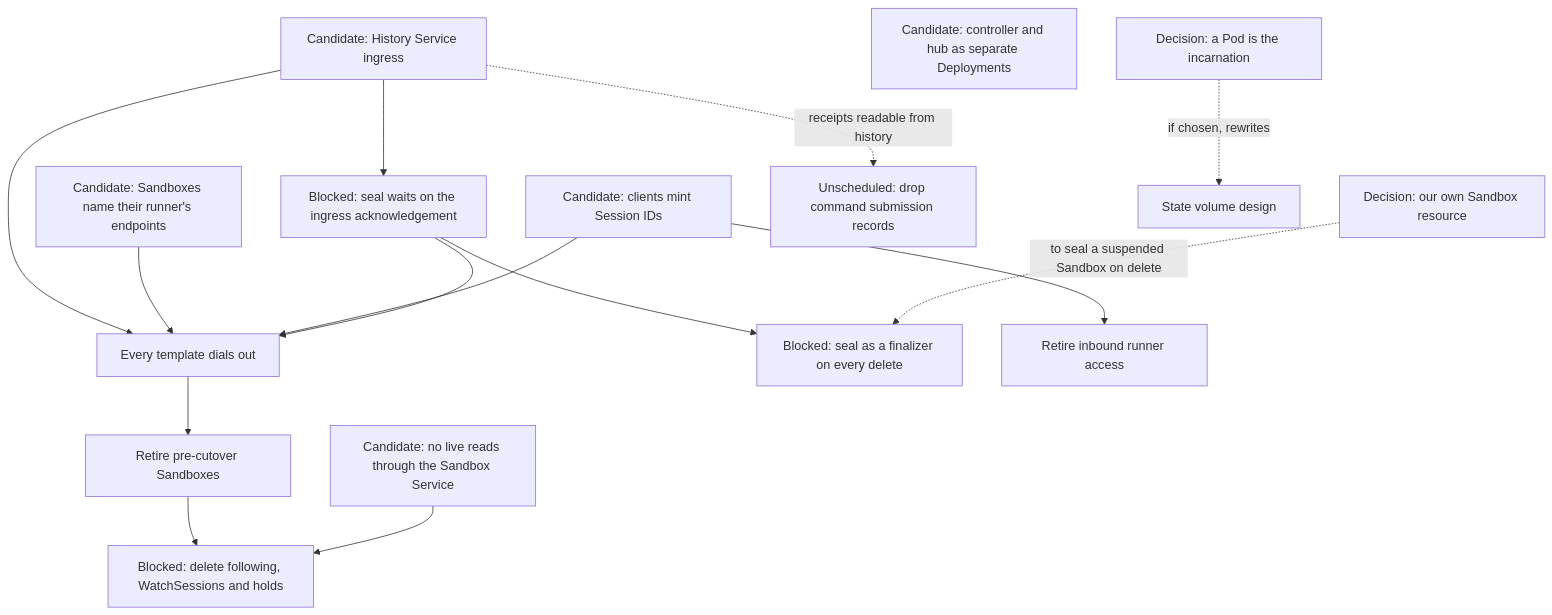
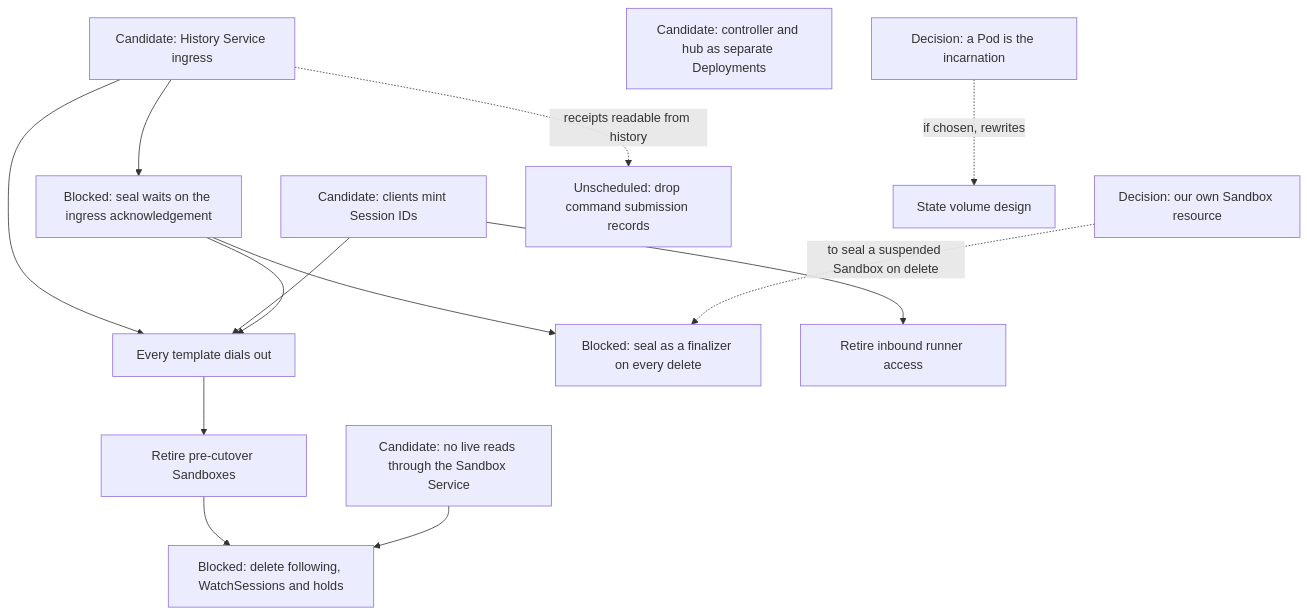
Before and after one commit to agentydragon-agent/ducktape: diagram 12 of 12 in agentplane/plans/task_dag.md, drawn with Mermaid. The commit also changed other lines of this file and 17 other files, not shown here.

````diff
--- a/agentplane/plans/task_dag.md
+++ b/agentplane/plans/task_dag.md
@@ -901,29 +903,27 @@
 ```mermaid
 flowchart TD
     HISTORY_INGRESS[Candidate: History Service ingress]
-    SANDBOX_RUNNER_ENDPOINTS[Candidate: Sandboxes name their runner's endpoints]
     CLIENT_SESSION_IDS[Candidate: clients mint Session IDs]
     APP_LIVE_FROM_HISTORY[Candidate: no live reads through the Sandbox Service]
     SEAL_ON_INGRESS_ACK[Blocked: seal waits on the ingress acknowledgement]
     RUNNER_OUTBOUND_ROLLOUT[Every template dials out]
     LEGACY_SANDBOX_RETIRE[Retire pre-cutover Sandboxes]
     FOLLOW_PATH_RETIRE[Blocked: delete following, WatchSessions and holds]
     SANDBOX_SERVICE_DEPLOYMENT_SPLIT[Candidate: controller and hub as separate Deployments]
     AGENTPLANE_SANDBOX_RESOURCE[Decision: our own Sandbox resource]
     POD_INCARNATION[Decision: a Pod is the incarnation]
     SEAL_FINALIZER[Blocked: seal as a finalizer on every delete]
     COMMAND_RECORDS_RETIRE[Unscheduled: drop command submission records]
     HISTORY_INGRESS --> SEAL_ON_INGRESS_ACK
     HISTORY_INGRESS --> RUNNER_OUTBOUND_ROLLOUT
-    SANDBOX_RUNNER_ENDPOINTS --> RUNNER_OUTBOUND_ROLLOUT
     CLIENT_SESSION_IDS --> RUNNER_OUTBOUND_ROLLOUT
     CLIENT_SESSION_IDS --> RUNNER_INBOUND_RETIRE[Retire inbound runner access]
     SEAL_ON_INGRESS_ACK --> RUNNER_OUTBOUND_ROLLOUT
     RUNNER_OUTBOUND_ROLLOUT --> LEGACY_SANDBOX_RETIRE
     LEGACY_SANDBOX_RETIRE --> FOLLOW_PATH_RETIRE
     APP_LIVE_FROM_HISTORY --> FOLLOW_PATH_RETIRE
     SEAL_ON_INGRESS_ACK --> SEAL_FINALIZER
     AGENTPLANE_SANDBOX_RESOURCE -. to seal a suspended Sandbox on delete .-> SEAL_FINALIZER
     POD_INCARNATION -. if chosen, rewrites .-> SESSION_STATE_VOLUME_DESIGN[State volume design]
     HISTORY_INGRESS -. receipts readable from history .-> COMMAND_RECORDS_RETIRE
 ```
````
